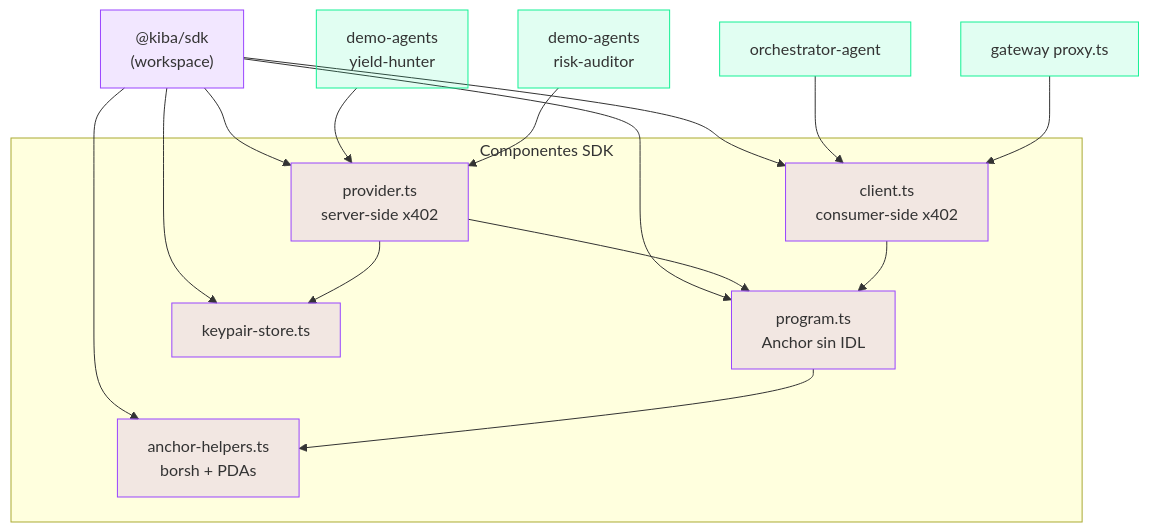
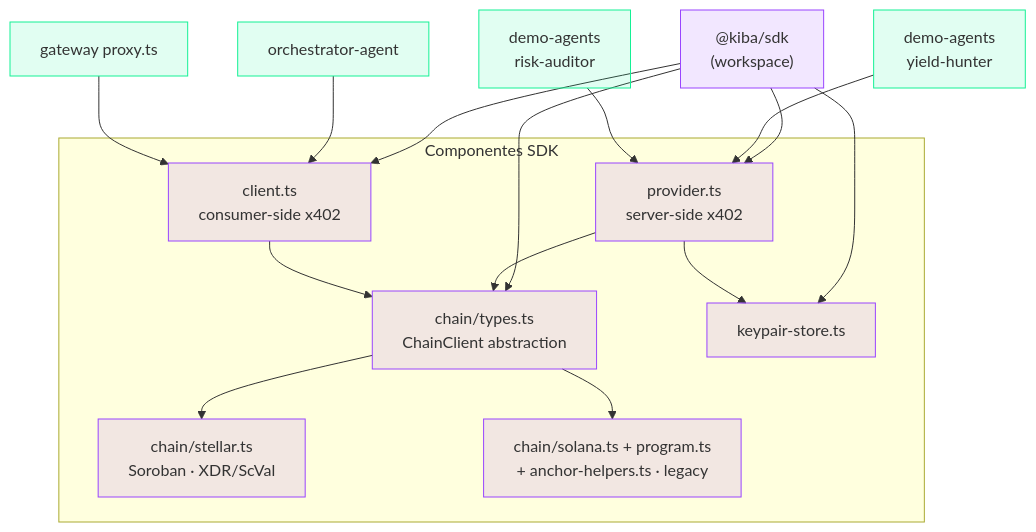
Before and after one commit to CoKeFish/kiba: diagram 11 of 11 in docs/architecture.md, drawn with Mermaid. The commit also changed other lines of this file and 52 other files, not shown here.

First line of the commit message:
docs+assets: Stellar/Soroban README & architecture + kiba raster

````diff
--- a/docs/architecture.md
+++ b/docs/architecture.md
@@ -561,34 +558,35 @@
 ```mermaid
 flowchart TB
     SDK["@kiba/sdk<br/>(workspace)"]
 
     subgraph componentes["Componentes SDK"]
-        Prog[program.ts<br/>Anchor sin IDL]
+        Chain[chain/types.ts<br/>ChainClient abstraction]
+        Stellar[chain/stellar.ts<br/>Soroban · XDR/ScVal]
+        Legacy[chain/solana.ts + program.ts<br/>+ anchor-helpers.ts · legacy]
         Prov[provider.ts<br/>server-side x402]
         Cli[client.ts<br/>consumer-side x402]
-        Helpers[anchor-helpers.ts<br/>borsh + PDAs]
         KS[keypair-store.ts]
     end
 
-    SDK --> Prog
+    SDK --> Chain
     SDK --> Prov
     SDK --> Cli
-    SDK --> Helpers
     SDK --> KS
 
-    Prog --> Helpers
-    Prov --> Prog
+    Chain --> Stellar
+    Chain --> Legacy
+    Prov --> Chain
     Prov --> KS
-    Cli --> Prog
+    Cli --> Chain
 
     A1[demo-agents<br/>yield-hunter] --> Prov
     A2[demo-agents<br/>risk-auditor] --> Prov
     ORCH[orchestrator-agent] --> Cli
     GW[gateway proxy.ts] --> Cli
 
     classDef sdk fill:#9945FF20,stroke:#9945FF
     classDef consumer fill:#14F19520,stroke:#14F195
 
-    class SDK,Prog,Prov,Cli,Helpers,KS sdk
+    class SDK,Chain,Stellar,Legacy,Prov,Cli,KS sdk
     class A1,A2,ORCH,GW consumer
 ```
````
